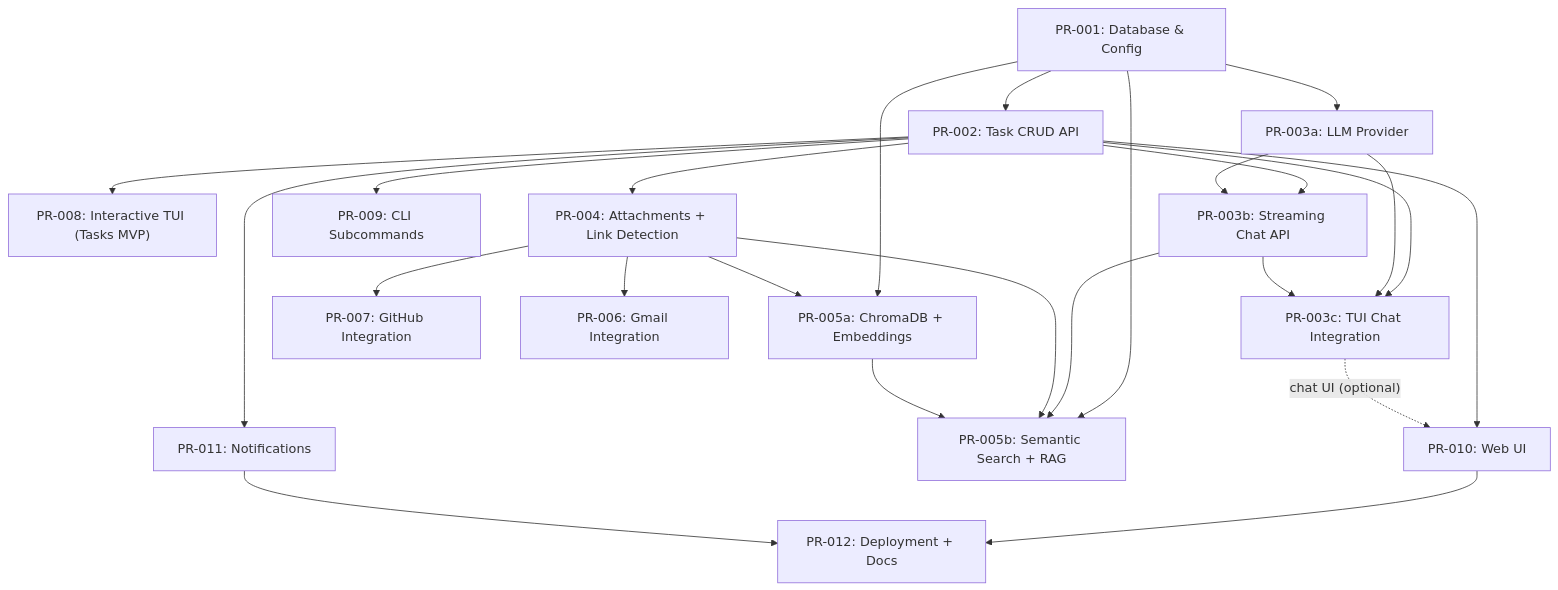
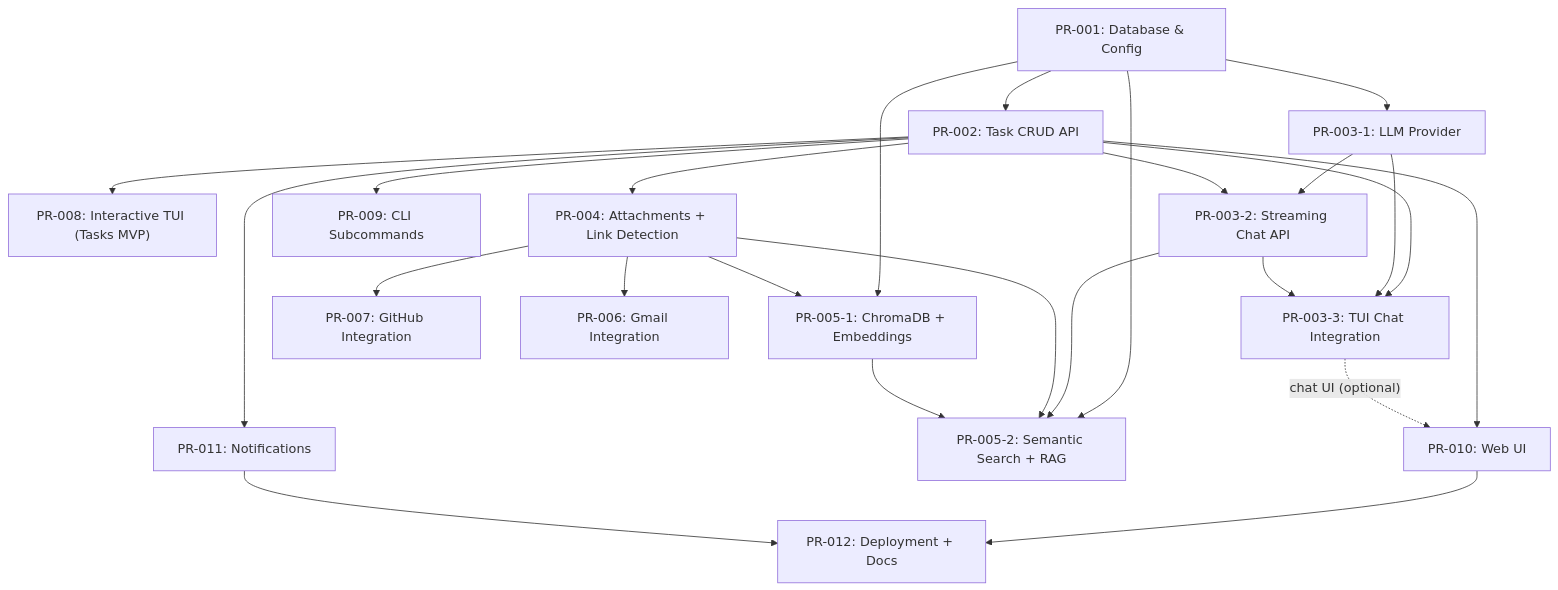
Before and after one commit to raychrisgdp/taskgenie: the diagram in docs/02-implementation/PR-PLANS.md, drawn with Mermaid. The commit also changed other lines of this file and 25 other files, not shown here.

````diff
--- a/docs/02-implementation/PR-PLANS.md
+++ b/docs/02-implementation/PR-PLANS.md
@@ -58,42 +58,42 @@
 ```mermaid
 flowchart TD
   PR001["PR-001: Database & Config"]
   PR002["PR-002: Task CRUD API"]
   PR008["PR-008: Interactive TUI (Tasks MVP)"]
-  PR003a["PR-003a: LLM Provider"]
-  PR003b["PR-003b: Streaming Chat API"]
-  PR003c["PR-003c: TUI Chat Integration"]
+  PR003_1["PR-003-1: LLM Provider"]
+  PR003_2["PR-003-2: Streaming Chat API"]
+  PR003_3["PR-003-3: TUI Chat Integration"]
   PR009["PR-009: CLI Subcommands"]
   PR004["PR-004: Attachments + Link Detection"]
   PR011["PR-011: Notifications"]
   PR007["PR-007: GitHub Integration"]
   PR006["PR-006: Gmail Integration"]
-  PR005a["PR-005a: ChromaDB + Embeddings"]
-  PR005b["PR-005b: Semantic Search + RAG"]
+  PR005_1["PR-005-1: ChromaDB + Embeddings"]
+  PR005_2["PR-005-2: Semantic Search + RAG"]
   PR010["PR-010: Web UI"]
   PR012["PR-012: Deployment + Docs"]
 
   PR001 --> PR002
   PR002 --> PR008
-  PR001 --> PR003a
-  PR002 --> PR003b
-  PR003a --> PR003b
-  PR002 --> PR003c
-  PR003a --> PR003c
-  PR003b --> PR003c
+  PR001 --> PR003_1
+  PR003_1 --> PR003_2
+  PR002 --> PR003_2
+  PR002 --> PR003_3
+  PR003_1 --> PR003_3
+  PR003_2 --> PR003_3
   PR002 --> PR009
   PR002 --> PR004
   PR004 --> PR007
   PR004 --> PR006
-  PR001 --> PR005a
-  PR004 --> PR005a
+  PR001 --> PR005_1
+  PR004 --> PR005_1
   PR002 --> PR011
-  PR001 --> PR005b
-  PR003b --> PR005b
-  PR004 --> PR005b
-  PR005a --> PR005b
+  PR001 --> PR005_2
+  PR003_2 --> PR005_2
+  PR004 --> PR005_2
+  PR005_1 --> PR005_2
   PR002 --> PR010
-  PR003c -. "chat UI (optional)" .-> PR010
+  PR003_3 -. "chat UI (optional)" .-> PR010
   PR010 --> PR012
   PR011 --> PR012
 ```
````
